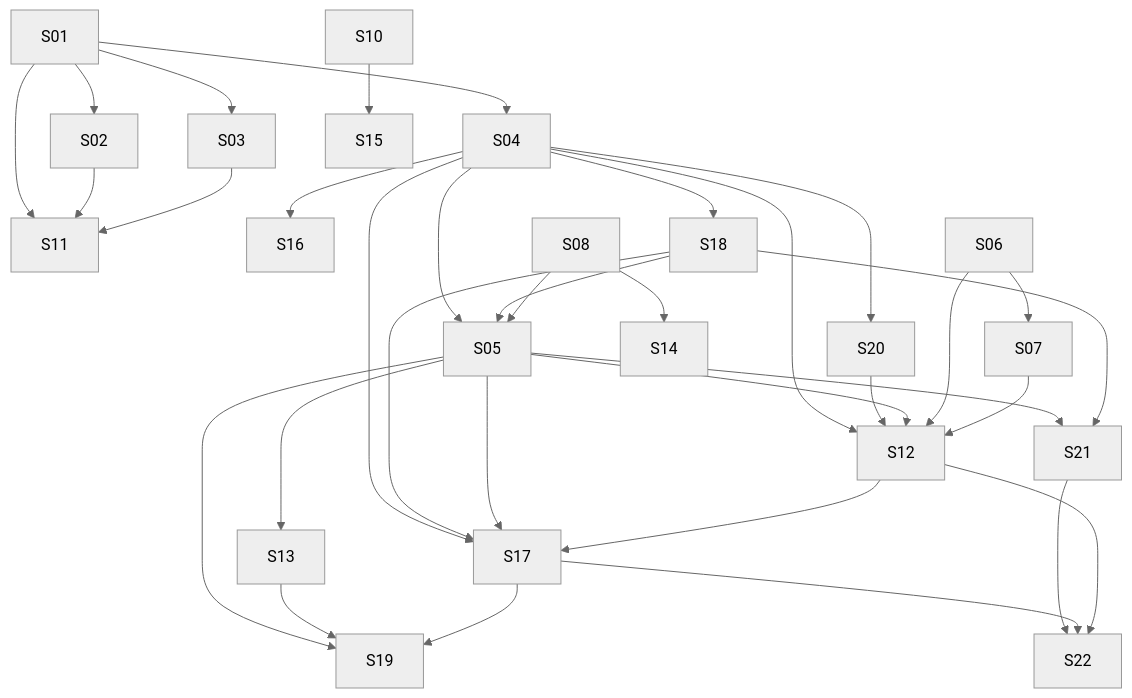
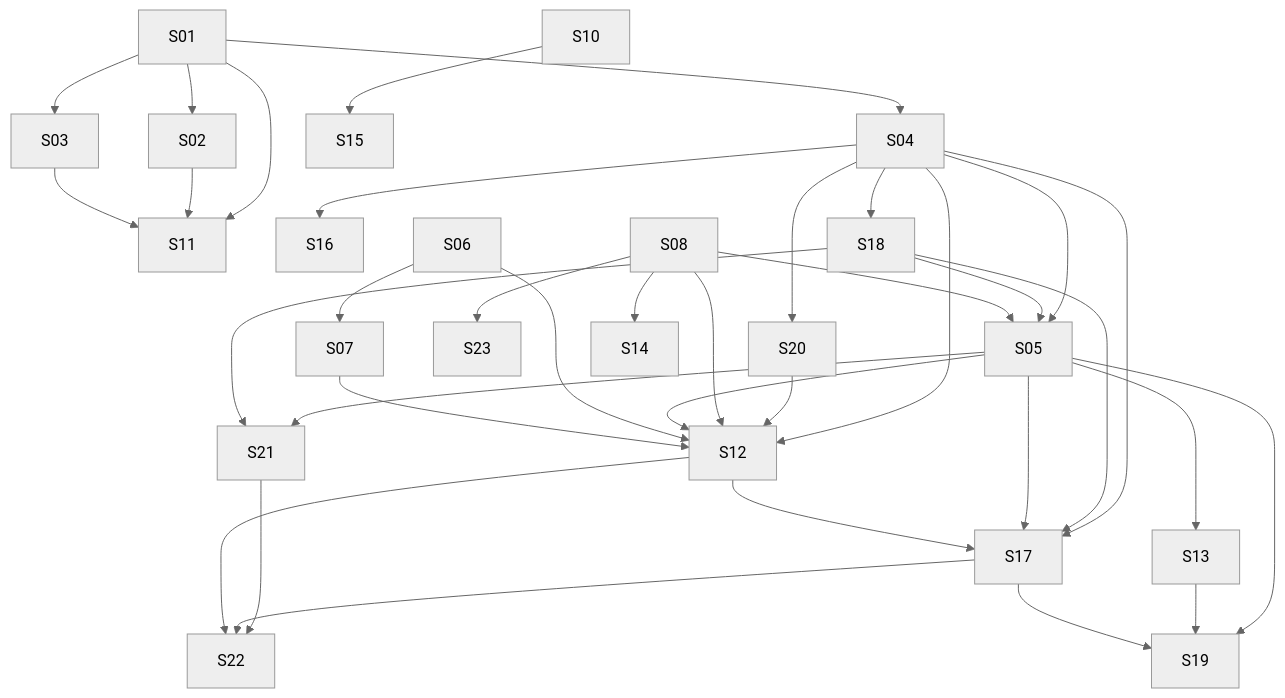
Before and after one commit to lmmoreira/ikaro: the diagram in plan/M23-MULTIVERTICAL-APPOINTMENT-BOOKING.md, drawn with Mermaid (neutral theme). The commit also changed other lines of this file and 9 other files, not shown here.

````diff
--- a/plan/M23-MULTIVERTICAL-APPOINTMENT-BOOKING.md
+++ b/plan/M23-MULTIVERTICAL-APPOINTMENT-BOOKING.md
@@ -42,36 +43,38 @@
 ```mermaid
 graph TD
   S01 --> S02
   S01 --> S03
   S01 --> S04
   S01 --> S11
   S02 --> S11
   S03 --> S11
   S04 --> S05
   S04 --> S12
   S04 --> S16
   S04 --> S17
   S04 --> S18
   S18 --> S05
   S04 --> S20
   S20 --> S12
   S05 --> S21
   S18 --> S21
   S21 --> S22
   S17 --> S22
   S12 --> S22
   S08 --> S05
+  S08 --> S12
+  S08 --> S23
   S18 --> S17
   S05 --> S12
   S05 --> S13
   S05 --> S17
   S12 --> S17
   S05 --> S19
   S13 --> S19
   S17 --> S19
   S06 --> S07
   S06 --> S12
   S07 --> S12
   S08 --> S14
   S10 --> S15
 ```
````
